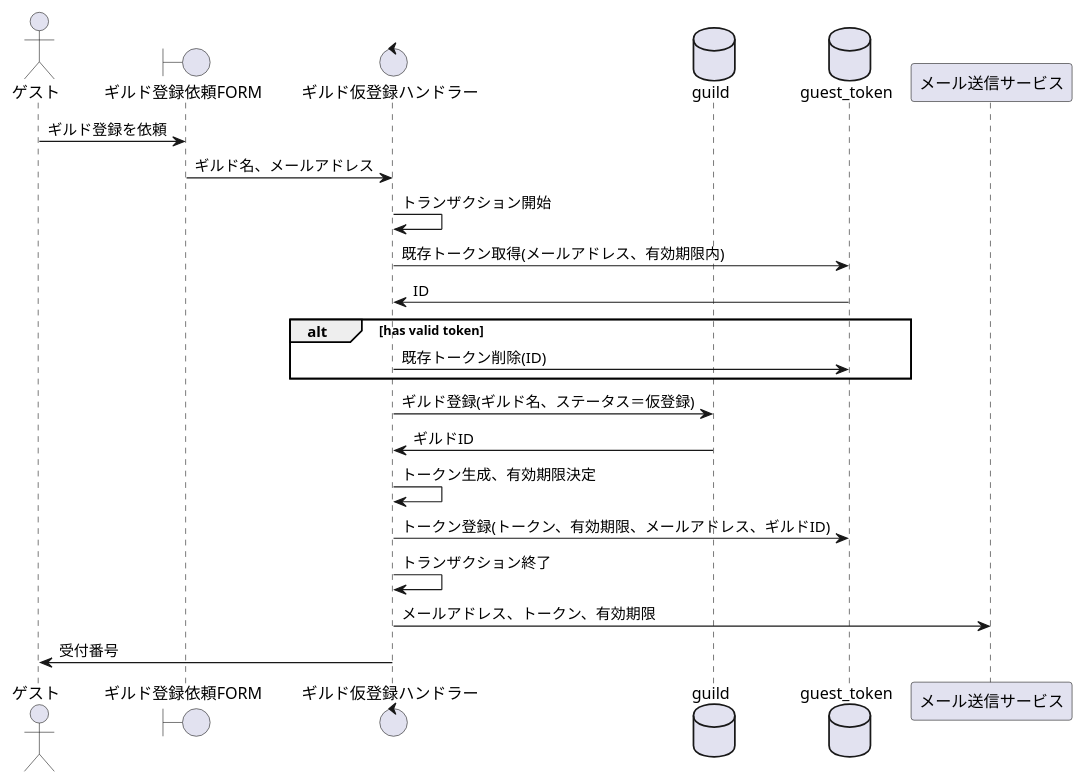
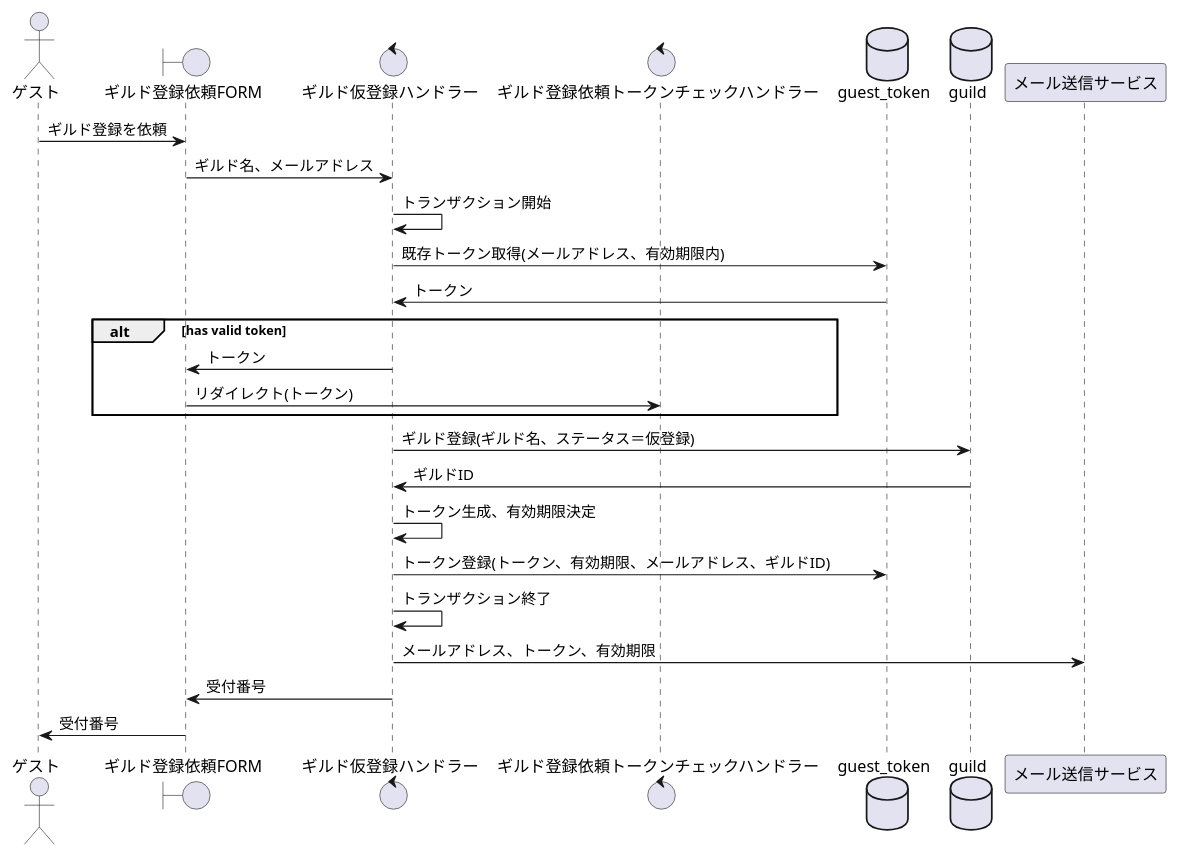
The diagram in design/sequence/ギルド登録を依頼する.puml (sky0621/familiagildo), drawn with PlantUML before and after one commit. The commit also changed 19 other files, not shown here.

```diff
--- a/design/sequence/ギルド登録を依頼する.puml
+++ b/design/sequence/ギルド登録を依頼する.puml
@@ -1,26 +1,29 @@
 @startuml
 
 actor ゲスト as guest
 boundary ギルド登録依頼FORM as form
 control ギルド仮登録ハンドラー as handler
+control ギルド登録依頼トークンチェックハンドラー as handler2
+database guest_token
 database guild
-database guest_token
 participant メール送信サービス as mail
 
 guest -> form:ギルド登録を依頼
 form -> handler:ギルド名、メールアドレス
 handler -> handler:トランザクション開始
 handler -> guest_token:既存トークン取得(メールアドレス、有効期限内)
-guest_token -> handler:ID
+guest_token -> handler:トークン
 alt has valid token
-handler -> guest_token:既存トークン削除(ID)
+handler -> form:トークン
+form -> handler2:リダイレクト(トークン)
 end
 handler -> guild:ギルド登録(ギルド名、ステータス＝仮登録)
 guild -> handler:ギルドID
 handler -> handler:トークン生成、有効期限決定
 handler -> guest_token:トークン登録(トークン、有効期限、メールアドレス、ギルドID)
 handler -> handler:トランザクション終了
 handler -> mail:メールアドレス、トークン、有効期限
-handler -> guest:受付番号
+handler -> form:受付番号
+form -> guest:受付番号
 
 @enduml
```
